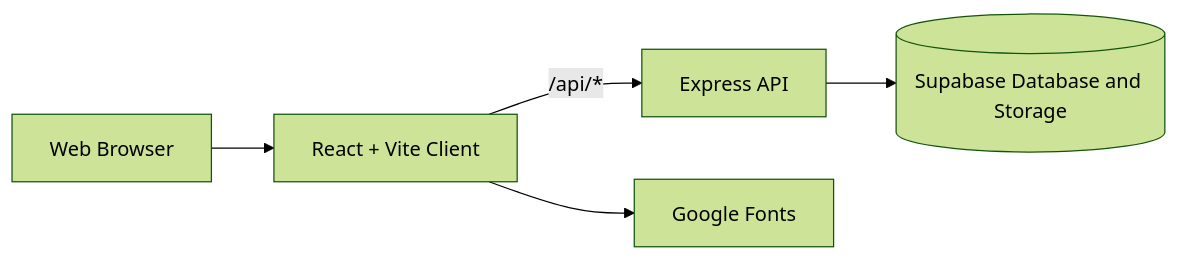
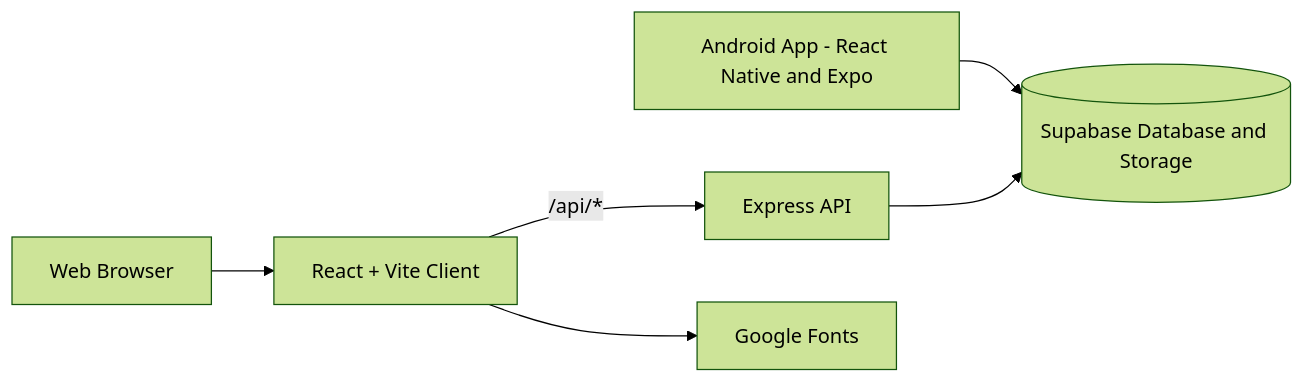
One commit to CODFCRE/SKILEARN changed the first of 2 diagrams in docs/ARCHITECTURE.md. Above: the diagram before and after it, drawn with Mermaid (forest theme). The commit also changed other lines of this file and 60 other files, not shown here.

Commit message:
pushed code for android app

````diff
--- a/docs/ARCHITECTURE.md
+++ b/docs/ARCHITECTURE.md
@@ -5,7 +5,8 @@
 ```mermaid
 flowchart LR
     Browser[Web Browser] --> Client[React + Vite Client]
+    Android[Android App - React Native and Expo] --> Supabase[(Supabase Database and Storage)]
     Client -->|/api/*| Server[Express API]
     Server --> Supabase[(Supabase Database and Storage)]
     Client --> Fonts[Google Fonts]
 ```
````
